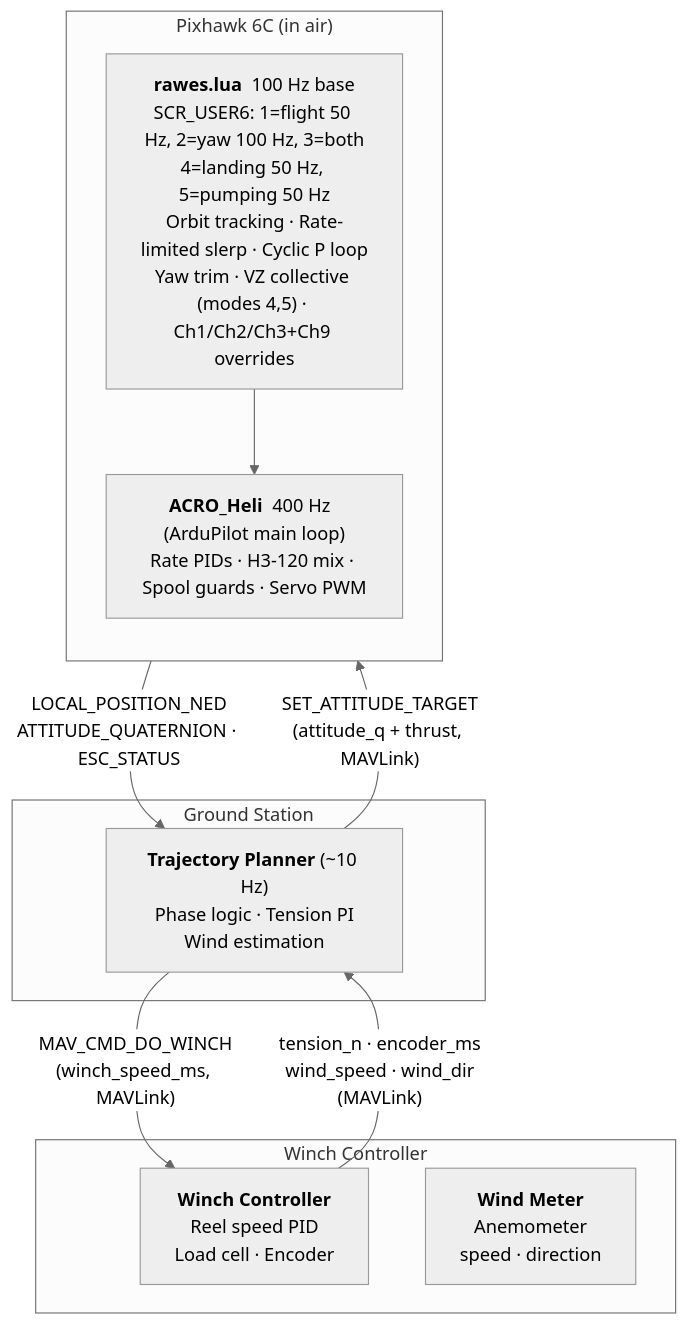
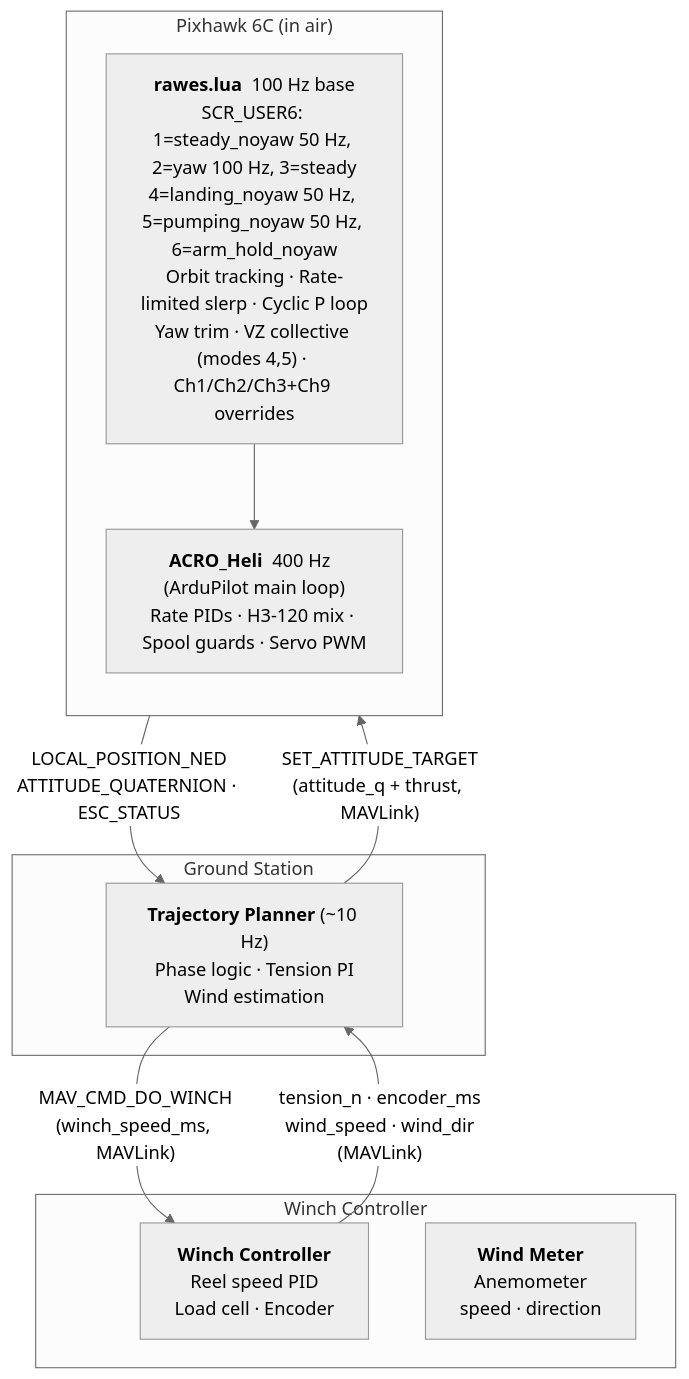
Before and after one commit to mcroomp/windpower: the first of 3 diagrams in system/stack.md, drawn with Mermaid (neutral theme). The commit also changed other lines of this file and 58 other files, not shown here.

````diff
--- a/system/stack.md
+++ b/system/stack.md
@@ -14,23 +14,23 @@
 ```mermaid
 flowchart TB
     subgraph WC["Winch Controller"]
         WCI["<b>Winch Controller</b><BR/>Reel speed PID<BR/>Load cell · Encoder"]
         WM["<b>Wind Meter</b><BR/>Anemometer<BR/>speed · direction"]
     end
 
     subgraph GS["Ground Station"]
         TP["<b>Trajectory Planner</b> (~10 Hz)<BR/>Phase logic · Tension PI<BR/>Wind estimation"]
     end
 
     subgraph PX["Pixhawk 6C (in air)"]
         direction TB
-        LUA["<b>rawes.lua</b>  100 Hz base<BR/>SCR_USER6: 1=flight 50 Hz, 2=yaw 100 Hz, 3=both<BR/>4=landing 50 Hz, 5=pumping 50 Hz<BR/>Orbit tracking · Rate-limited slerp · Cyclic P loop<BR/>Yaw trim · VZ collective (modes 4,5) · Ch1/Ch2/Ch3+Ch9 overrides"]
+        LUA["<b>rawes.lua</b>  100 Hz base<BR/>SCR_USER6: 1=steady_noyaw 50 Hz, 2=yaw 100 Hz, 3=steady<BR/>4=landing_noyaw 50 Hz, 5=pumping_noyaw 50 Hz, 6=arm_hold_noyaw<BR/>Orbit tracking · Rate-limited slerp · Cyclic P loop<BR/>Yaw trim · VZ collective (modes 4,5) · Ch1/Ch2/Ch3+Ch9 overrides"]
         ACRO["<b>ACRO_Heli</b>  400 Hz  (ArduPilot main loop)<BR/>Rate PIDs · H3-120 mix · Spool guards · Servo PWM"]
         LUA --> ACRO
     end
 
     TP -->|"MAV_CMD_DO_WINCH<BR/>(winch_speed_ms, MAVLink)"| WCI
     WCI -->|"tension_n · encoder_ms<BR/>wind_speed · wind_dir<BR/>(MAVLink)"| TP
     TP -->|"SET_ATTITUDE_TARGET<BR/>(attitude_q + thrust, MAVLink)"| PX
     PX -->|"LOCAL_POSITION_NED<BR/>ATTITUDE_QUATERNION · ESC_STATUS"| TP
 ```
````
